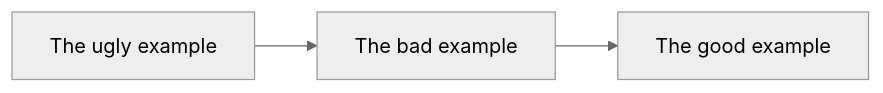
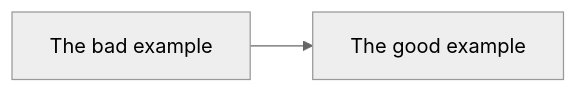
Before and after one commit to inspired-consulting/a11y_example: the diagram in README.md, drawn with Mermaid (neutral theme). The commit also changed other lines of this file and 3 other files, not shown here.

Commit message:
Refactor bad/good example and update readme.

````diff
--- a/README.md
+++ b/README.md
@@ -5,5 +5,5 @@
 ```mermaid
 graph LR
-    A[The ugly example] --> B[The bad example]
-    B --> C[The good example]
+    A[The bad example]
+     --> B[The good example]
 ```
````
